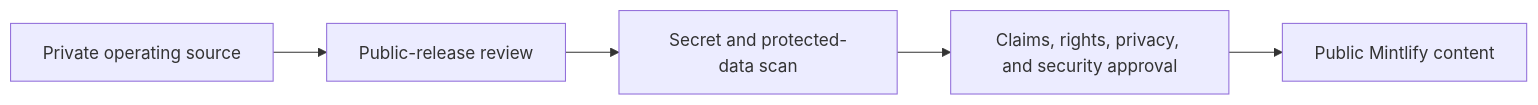
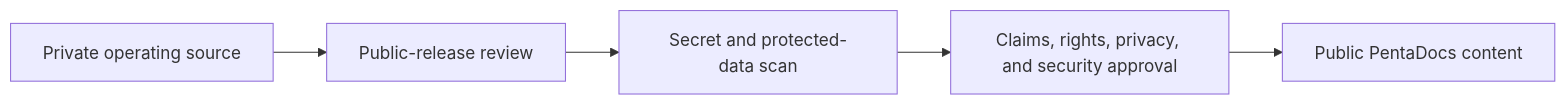
The diagram in ecosystem/public-private-boundary.mdx (crownthrive1/CrownThrive-OS), drawn with Mermaid before and after one commit. The commit also changed other lines of this file and 557 other files, not shown here.

````diff
--- a/ecosystem/public-private-boundary.mdx
+++ b/ecosystem/public-private-boundary.mdx
@@ -94,7 +120,7 @@
 ```mermaid
 flowchart LR
     P[Private operating source] --> R[Public-release review]
     R --> S[Secret and protected-data scan]
     S --> C[Claims, rights, privacy, and security approval]
-    C --> M[Public Mintlify content]
+    C --> M[Public PentaDocs content]
 ```
````
